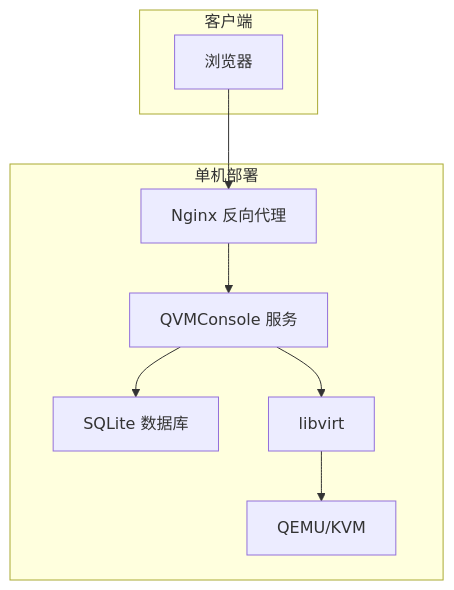
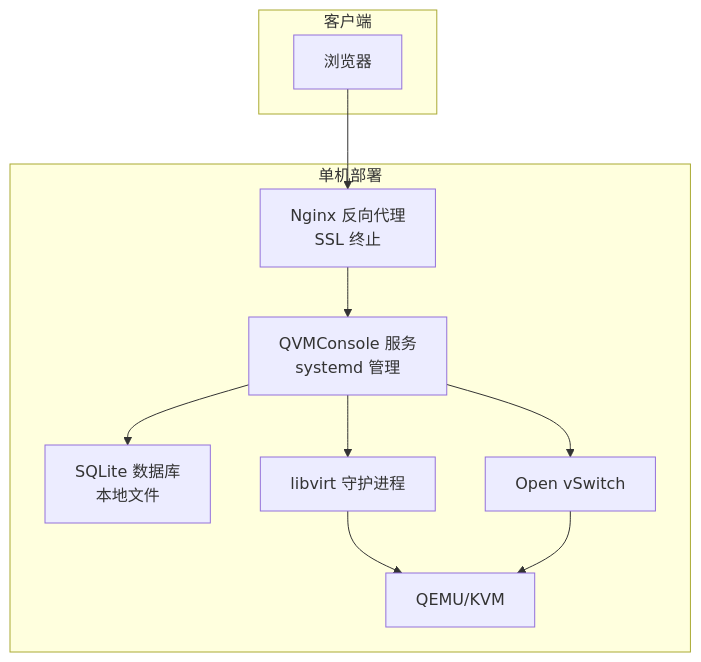
Before and after one commit to QVMConsole/docs: diagram 18 of 18 in docs/feature-analysis/qvmconsole-architecture.mdx, drawn with Mermaid. The commit also changed other lines of this file, not shown here.

````diff
--- a/docs/feature-analysis/qvmconsole-architecture.mdx
+++ b/docs/feature-analysis/qvmconsole-architecture.mdx
@@ -539,20 +802,23 @@
 ```mermaid
 graph TB
     subgraph 单机部署
-        Nginx[Nginx 反向代理]
-        QVMConsole[QVMConsole 服务]
-        SQLite[SQLite 数据库]
-        Libvirt[libvirt]
+        Nginx[Nginx 反向代理<br/>SSL 终止]
+        QVMConsole[QVMConsole 服务<br/>systemd 管理]
+        SQLite[SQLite 数据库<br/>本地文件]
+        Libvirt[libvirt 守护进程]
+        OVS[Open vSwitch]
         QEMU[QEMU/KVM]
     end
     
     subgraph 客户端
         Browser[浏览器]
     end
     
     Browser --> Nginx
     Nginx --> QVMConsole
     QVMConsole --> SQLite
     QVMConsole --> Libvirt
+    QVMConsole --> OVS
     Libvirt --> QEMU
+    OVS --> QEMU
 ```
````
